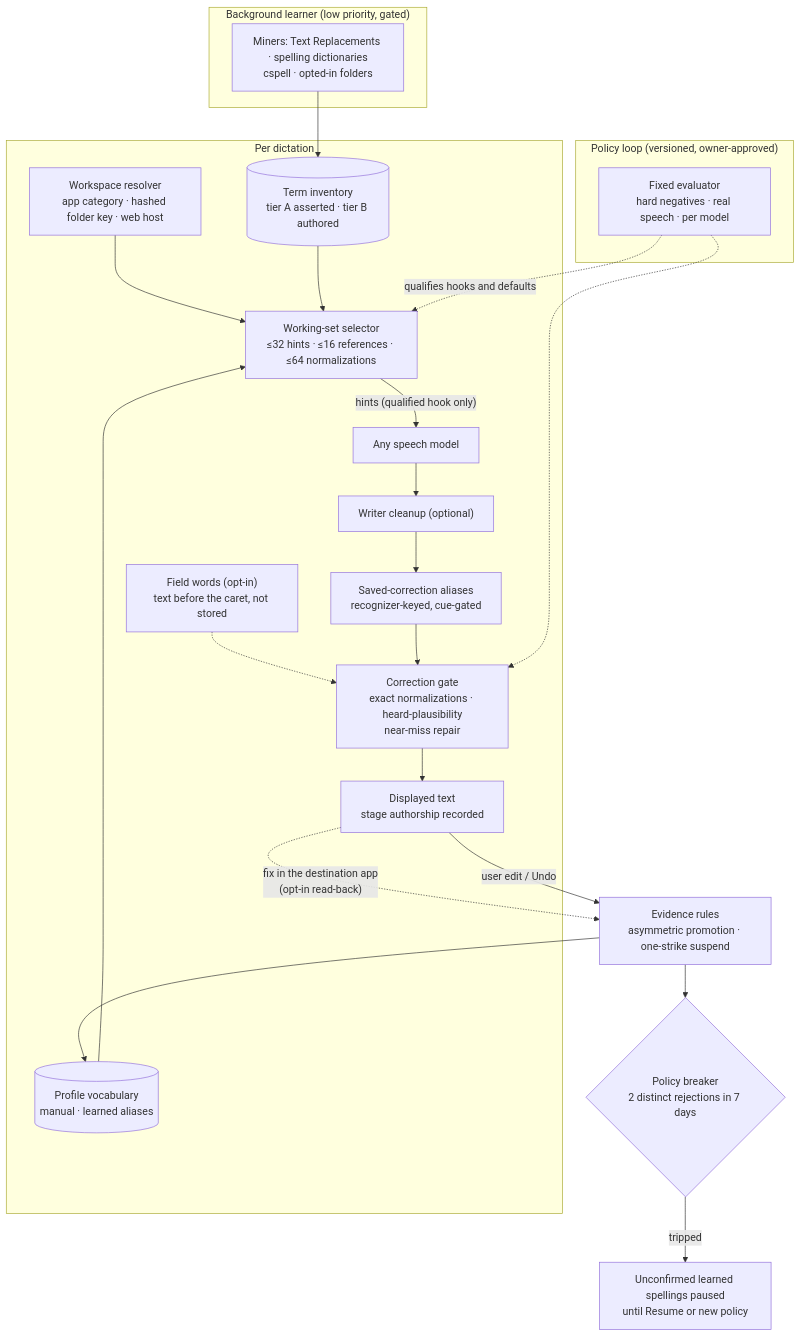
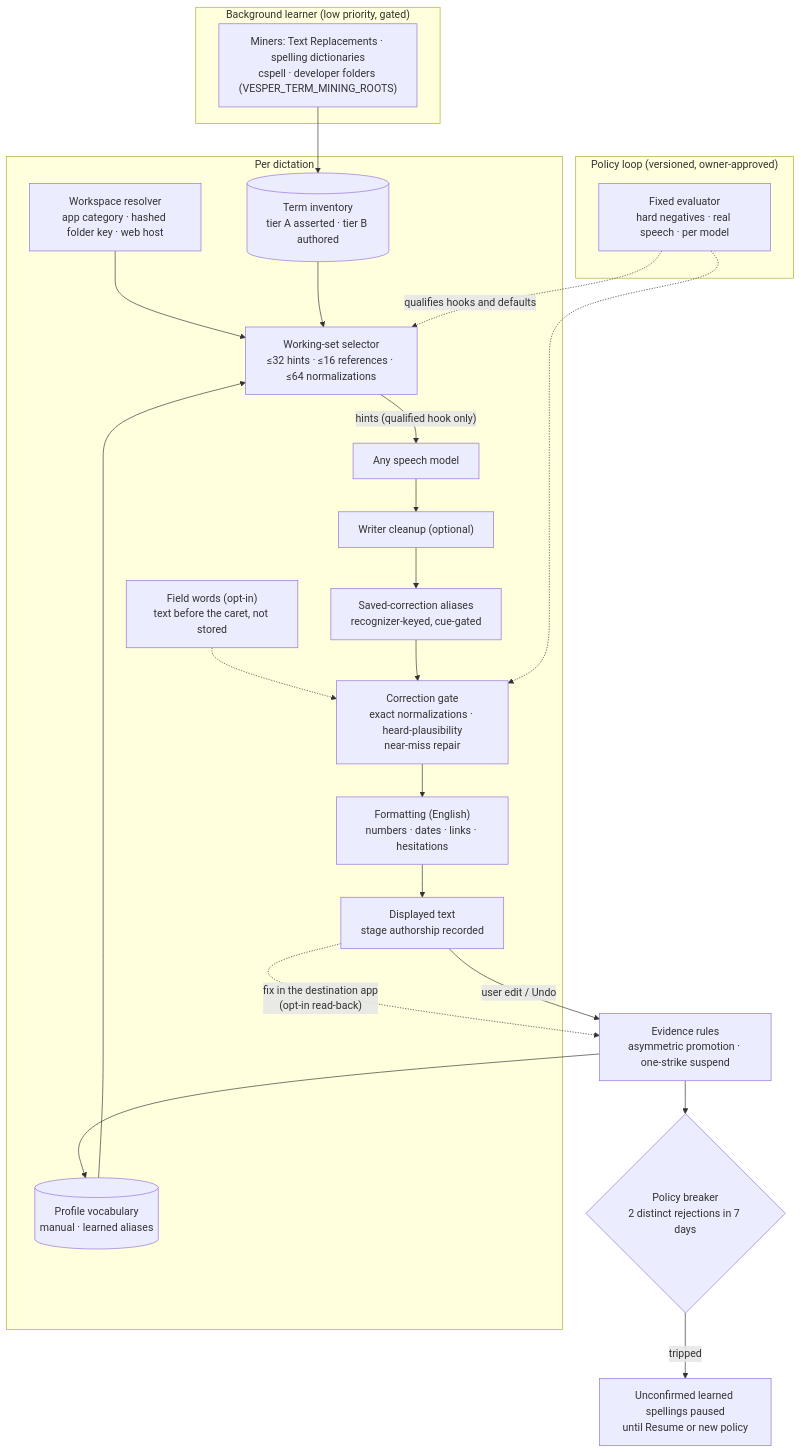
One commit to rahulsharmavishwakarma/vesper changed the diagram in docs/personalization/self-improving-system.md. Above: the diagram before and after it, drawn with Mermaid. The commit also changed other lines of this file and 5 other files, not shown here.

First line of the commit message:
docs: overview diagram of the self-learning loops

````diff
--- a/docs/personalization/self-improving-system.md
+++ b/docs/personalization/self-improving-system.md
@@ -18,26 +27,27 @@
 ```mermaid
 flowchart TB
   subgraph Capture["Per dictation"]
     CR["Workspace resolver<br/>app category · hashed folder key · web host"] --> SEL
     INV[("Term inventory<br/>tier A asserted · tier B authored")] --> SEL["Working-set selector<br/>≤32 hints · ≤16 references · ≤64 normalizations"]
     VOC[("Profile vocabulary<br/>manual · learned aliases")] --> SEL
     FW["Field words (opt-in)<br/>text before the caret, not stored"] -.-> G
     SEL -->|"hints (qualified hook only)"| ASR["Any speech model"]
     ASR --> CL["Writer cleanup (optional)"]
     CL --> AL["Saved-correction aliases<br/>recognizer-keyed, cue-gated"]
     AL --> G["Correction gate<br/>exact normalizations · heard-plausibility<br/>near-miss repair"]
-    G --> OUT["Displayed text<br/>stage authorship recorded"]
+    G --> FMT["Formatting (English)<br/>numbers · dates · links · hesitations"]
+    FMT --> OUT["Displayed text<br/>stage authorship recorded"]
   end
   OUT -.->|"fix in the destination app<br/>(opt-in read-back)"| EV
   OUT -->|"user edit / Undo"| EV["Evidence rules<br/>asymmetric promotion · one-strike suspend"]
   EV --> BRK{"Policy breaker<br/>2 distinct rejections in 7 days"}
   BRK -->|tripped| PAUSE["Unconfirmed learned spellings paused<br/>until Resume or new policy"]
   EV --> VOC
   subgraph Background["Background learner (low priority, gated)"]
-    MINE["Miners: Text Replacements · spelling dictionaries<br/>cspell · opted-in folders"] --> INV
+    MINE["Miners: Text Replacements · spelling dictionaries<br/>cspell · developer folders (VESPER_TERM_MINING_ROOTS)"] --> INV
   end
   subgraph Offline["Policy loop (versioned, owner-approved)"]
     EVAL["Fixed evaluator<br/>hard negatives · real speech · per model"] -.->|"qualifies hooks and defaults"| SEL
     EVAL -.-> G
   end
 ```
````
